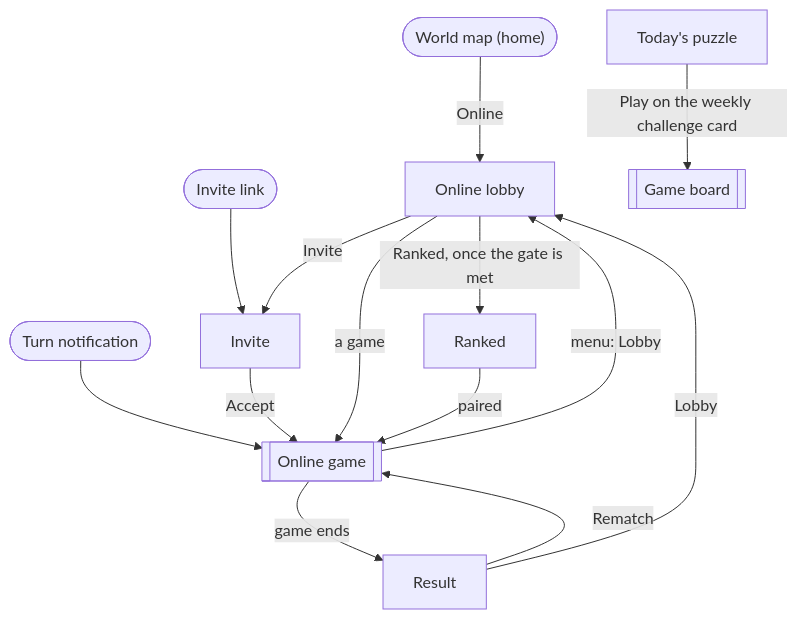
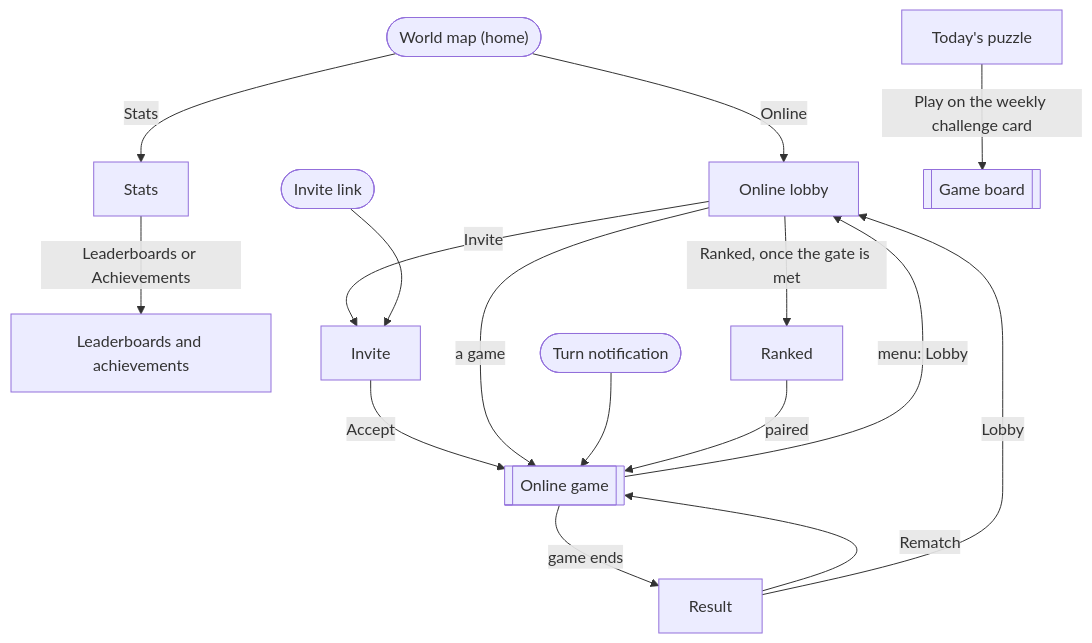
One commit to Pavelya/dots changed the third of 3 diagrams in docs/design/flows.md. Above: the diagram before and after it, drawn with Mermaid. The commit also changed other lines of this file and 15 other files, not shown here.

````diff
--- a/docs/design/flows.md
+++ b/docs/design/flows.md
@@ -116,27 +115,31 @@
 ```mermaid
 flowchart TD
     map(["World map (home)"])
     daily["Today's puzzle"]
+    stats["Stats"]
+    ranks["Leaderboards and achievements"]
     link(["Invite link"])
     notification(["Turn notification"])
     lobby["Online lobby"]
     invite["Invite"]
     ranked["Ranked"]
     online[["Online game"]]
     result["Result"]
     board[["Game board"]]
 
     map -->|"Online"| lobby
     lobby -->|"Invite"| invite
     link --> invite
     invite -->|"Accept"| online
     lobby -->|"a game"| online
     notification --> online
     lobby -->|"Ranked, once the gate is met"| ranked
     ranked -->|"paired"| online
     online -->|"menu: Lobby"| lobby
     online -->|"game ends"| result
     result -->|"Rematch"| online
     result -->|"Lobby"| lobby
     daily -->|"Play on the weekly challenge card"| board
+    map -->|"Stats"| stats
+    stats -->|"Leaderboards or Achievements"| ranks
 ```
````
